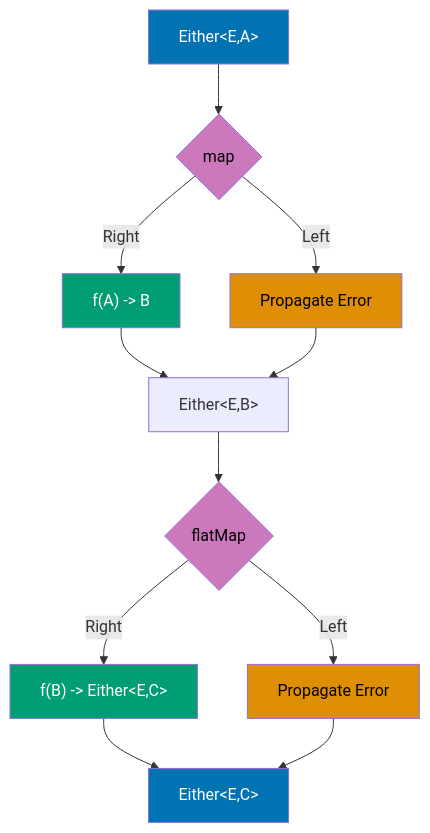
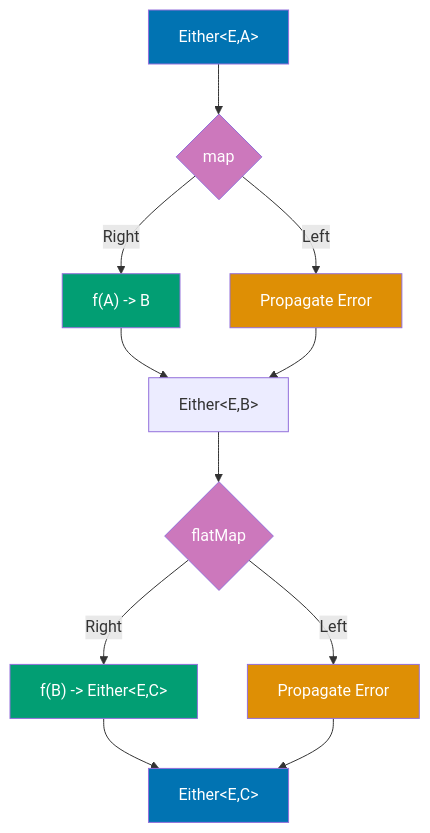
One commit to wahidyankf/open-sharia-enterprise changed the tenth of 22 diagrams in apps/ayokoding-web/content/en/learn/software-engineering/programming-languages/kotlin/by-example/advanced.md. Above: the diagram before and after it, drawn with Mermaid. The commit also changed other lines of this file and 61 other files, not shown here.

First line of the commit message:
fix(ayokoding-web): quote Mermaid node labels with special characters in Example 63

````diff
--- a/apps/ayokoding-web/content/en/learn/software-engineering/programming-languages/kotlin/by-example/advanced.md
+++ b/apps/ayokoding-web/content/en/learn/software-engineering/programming-languages/kotlin/by-example/advanced.md
@@ -2300,24 +2300,24 @@
 ```mermaid
 %% Color Palette: Blue #0173B2, Orange #DE8F05, Teal #029E73, Purple #CC78BC, Brown #CA9161
 graph TD
     Start[Either#60;E,A#62;] --> Map{map}
     Map -->|Right| Transform[f#40;A#41; -> B]
     Map -->|Left| PropagateE1[Propagate Error]
     Transform --> Result1[Either#60;E,B#62;]
     PropagateE1 --> Result1
 
     Result1 --> FlatMap{flatMap}
     FlatMap -->|Right| Chain[f#40;B#41; -> Either#60;E,C#62;]
     FlatMap -->|Left| PropagateE2[Propagate Error]
     Chain --> Result2[Either#60;E,C#62;]
     PropagateE2 --> Result2
 
     style Start fill:#0173B2,color:#fff
-    style Map fill:#CC78BC,color:#000
+    style Map fill:#CC78BC,color:#fff
     style Transform fill:#029E73,color:#fff
-    style PropagateE1 fill:#DE8F05,color:#000
-    style FlatMap fill:#CC78BC,color:#000
+    style PropagateE1 fill:#DE8F05,color:#fff
+    style FlatMap fill:#CC78BC,color:#fff
     style Chain fill:#029E73,color:#fff
-    style PropagateE2 fill:#DE8F05,color:#000
+    style PropagateE2 fill:#DE8F05,color:#fff
     style Result2 fill:#0173B2,color:#fff
 ```
````
